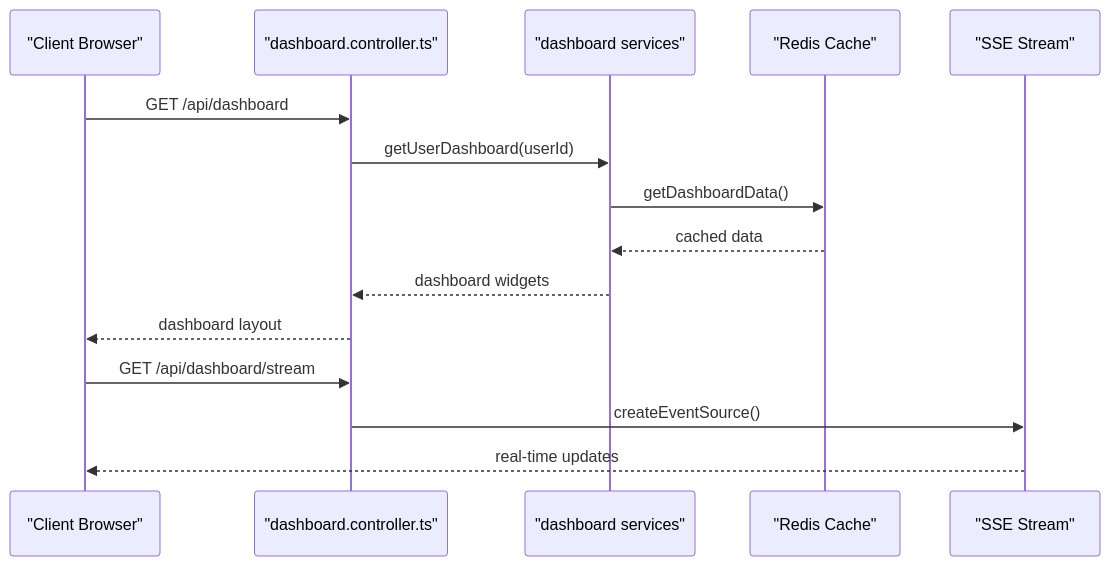
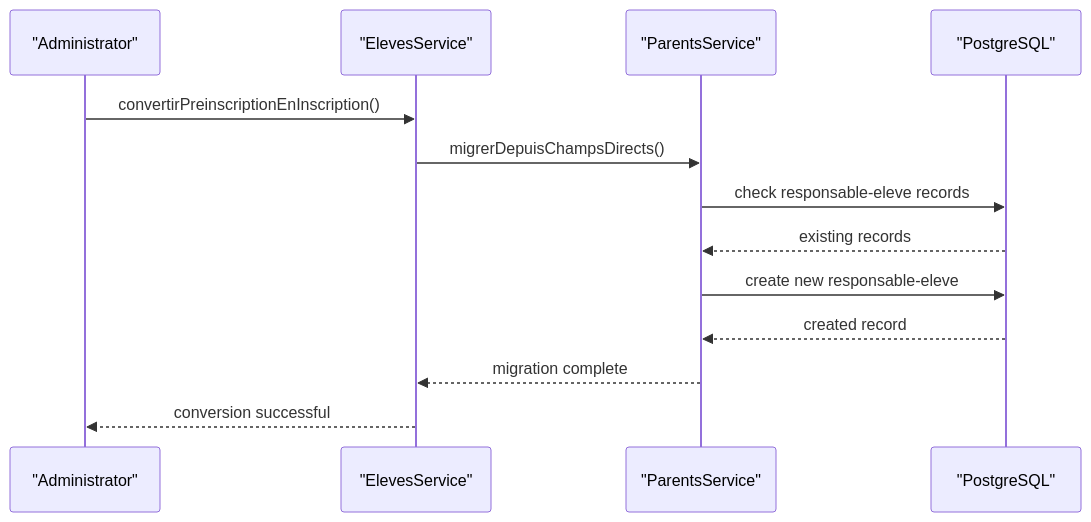
One commit to franckylab/eLISAschool changed the eighth of 9 diagrams in .qoder/repowiki/en/content/Modules & Features/Modules & Features.md. Above: the diagram before and after it, drawn with Mermaid. The commit also changed other lines of this file and 33 other files, not shown here.

First line of the commit message:
feat(parents): implémenter la gestion hybride des parents avec migration et indexation

````diff
--- a/.qoder/repowiki/en/content/Modules & Features/Modules & Features.md
+++ b/.qoder/repowiki/en/content/Modules & Features/Modules & Features.md
@@ -421,17 +437,15 @@
 ```mermaid
 sequenceDiagram
-participant Client as "Client Browser"
-participant DashCtrl as "dashboard.controller.ts"
-participant DashSvc as "dashboard services"
-participant Redis as "Redis Cache"
-participant SSE as "SSE Stream"
-Client->>DashCtrl : GET /api/dashboard
-DashCtrl->>DashSvc : getUserDashboard(userId)
-DashSvc->>Redis : getDashboardData()
-Redis-->>DashSvc : cached data
-DashSvc-->>DashCtrl : dashboard widgets
-DashCtrl-->>Client : dashboard layout
-Client->>DashCtrl : GET /api/dashboard/stream
-DashCtrl->>SSE : createEventSource()
-SSE-->>Client : real-time updates
+participant Admin as "Administrator"
+participant ElevesSvc as "ElevesService"
+participant ParentsSvc as "ParentsService"
+participant DB as "PostgreSQL"
+Admin->>ElevesSvc : convertirPreinscriptionEnInscription()
+ElevesSvc->>ParentsSvc : migrerDepuisChampsDirects()
+ParentsSvc->>DB : check responsable-eleve records
+DB-->>ParentsSvc : existing records
+ParentsSvc->>DB : create new responsable-eleve
+DB-->>ParentsSvc : created record
+ParentsSvc-->>ElevesSvc : migration complete
+ElevesSvc-->>Admin : conversion successful
 ```
````
